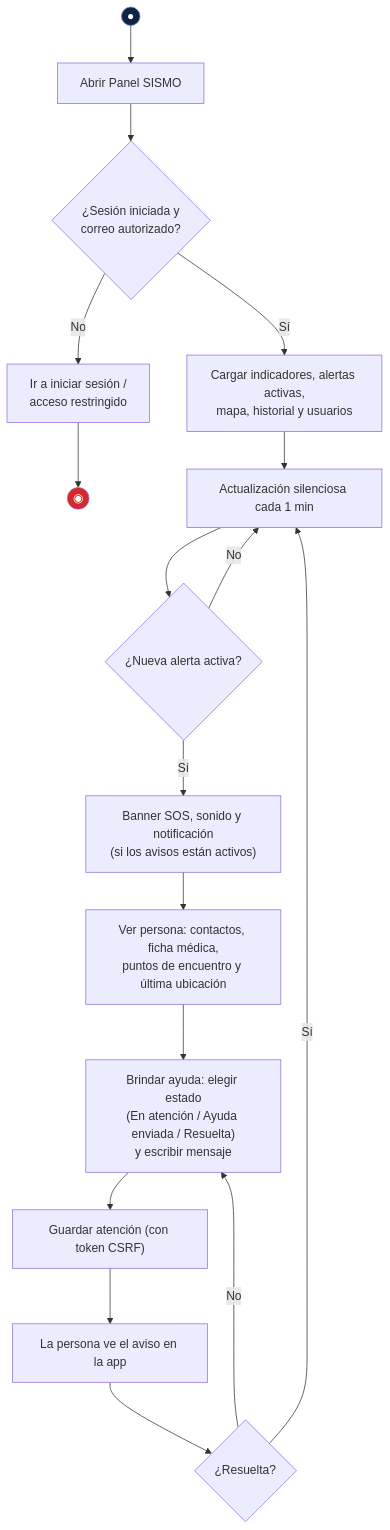
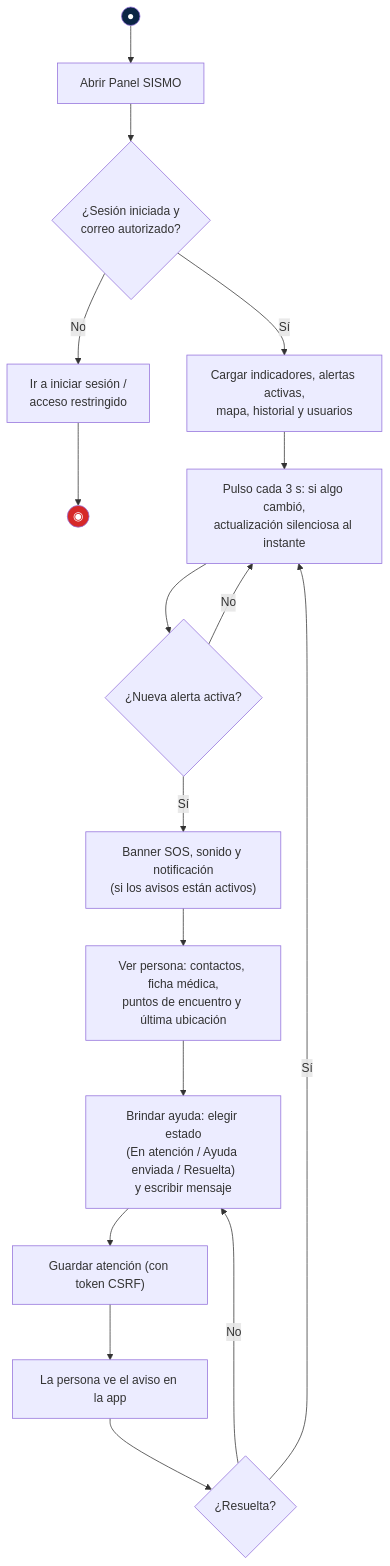
One commit to Davidhunter13/Sismo_front changed the diagram in screenshots/segunda_entrega/diagramas/fuentes/1-uml-y-funcionales/02c-actividades-operador-atencion-de-alerta.mmd. Above: the diagram before and after it, drawn with Mermaid. The commit also changed 97 other files, not shown here.

```diff
--- a/screenshots/segunda_entrega/diagramas/fuentes/1-uml-y-funcionales/02c-actividades-operador-atencion-de-alerta.mmd
+++ b/screenshots/segunda_entrega/diagramas/fuentes/1-uml-y-funcionales/02c-actividades-operador-atencion-de-alerta.mmd
@@ -1,19 +1,19 @@
 %% title: Diagrama de actividades — Operador: atención de una alerta
 flowchart TD
   S((●)):::ini --> A["Abrir Panel SISMO"]
   A --> B{"¿Sesión iniciada y<br/>correo autorizado?"}
   B -- No --> X["Ir a iniciar sesión /<br/>acceso restringido"] --> F0((◉)):::fin
   B -- Sí --> C["Cargar indicadores, alertas activas,<br/>mapa, historial y usuarios"]
-  C --> D["Actualización silenciosa cada 1 min"]
+  C --> D["Pulso cada 3 s: si algo cambió,<br/>actualización silenciosa al instante"]
   D --> E{"¿Nueva alerta activa?"}
   E -- No --> D
   E -- Sí --> F["Banner SOS, sonido y notificación<br/>(si los avisos están activos)"]
   F --> G["Ver persona: contactos, ficha médica,<br/>puntos de encuentro y última ubicación"]
   G --> H["Brindar ayuda: elegir estado<br/>(En atención / Ayuda enviada / Resuelta)<br/>y escribir mensaje"]
   H --> I["Guardar atención (con token CSRF)"]
   I --> J["La persona ve el aviso en la app"]
   J --> K{"¿Resuelta?"}
   K -- No --> H
   K -- Sí --> D
   classDef ini fill:#0b2545,color:#fff
   classDef fin fill:#d62828,color:#fff
```
